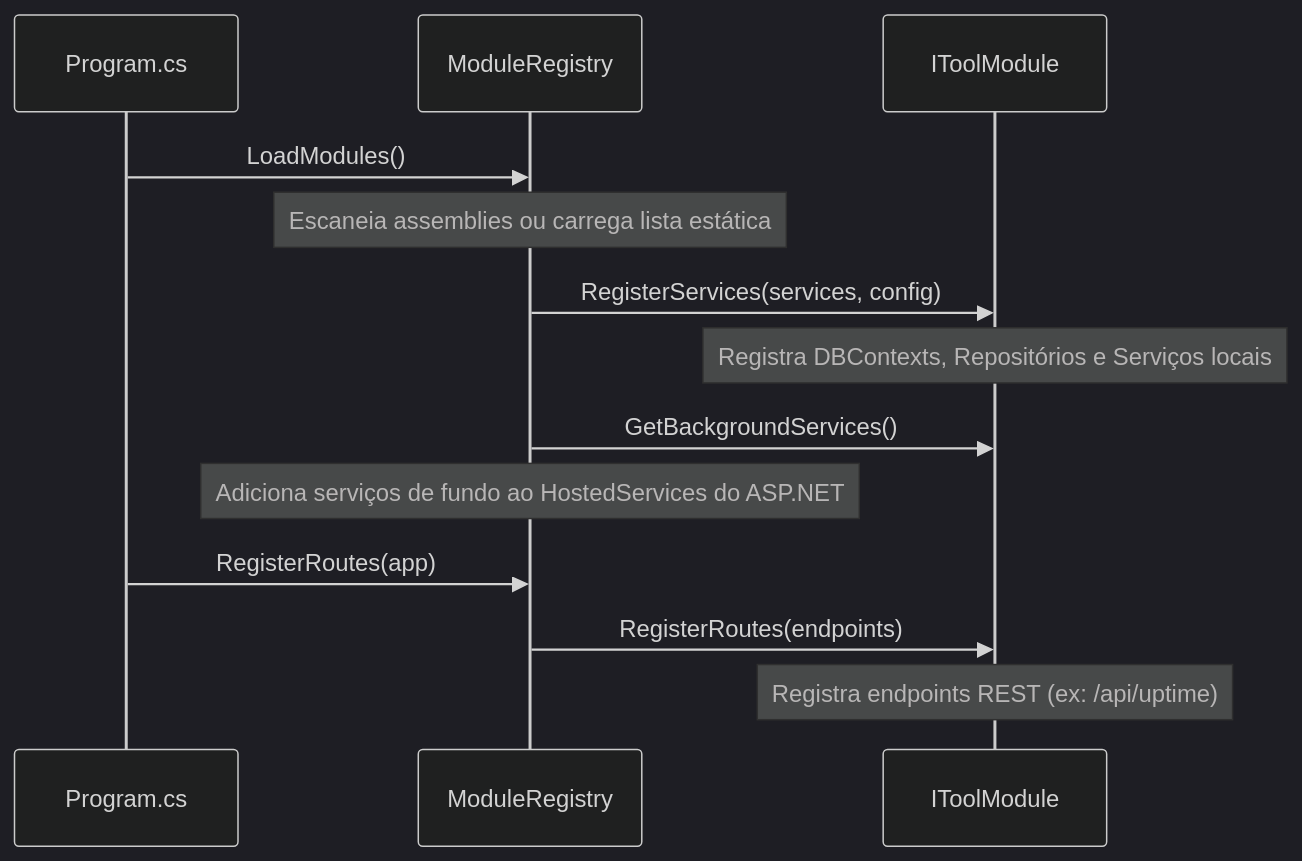
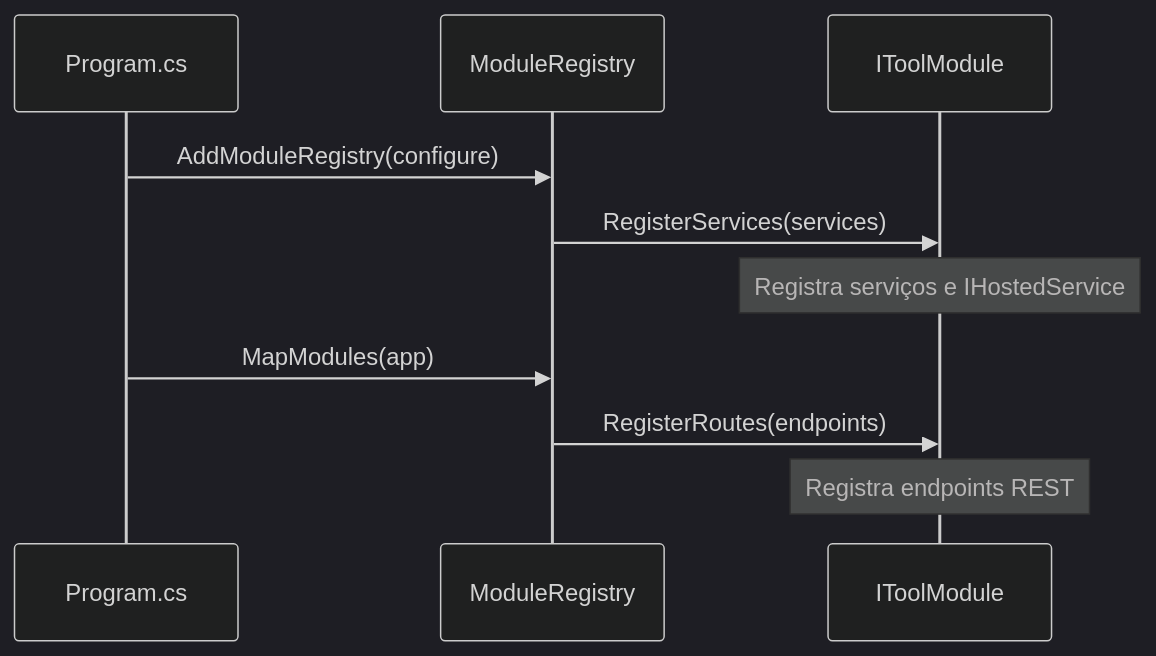
The diagram in Cérebro/01 - Arquitetura/Sistema de Módulos (IToolModule).md (djcristianosgp/area27_tools), drawn with Mermaid (dark theme) before and after one commit. The commit also changed other lines of this file and 9 other files, not shown here.

````diff
--- a/Cérebro/01 - Arquitetura/Sistema de Módulos (IToolModule).md
+++ b/Cérebro/01 - Arquitetura/Sistema de Módulos (IToolModule).md
@@ -39,16 +78,13 @@
 ```mermaid
 sequenceDiagram
     participant App as Program.cs
     participant Reg as ModuleRegistry
     participant Mod as IToolModule
 
-    App->>Reg: LoadModules()
-    Note over Reg: Escaneia assemblies ou carrega lista estática
-    Reg->>Mod: RegisterServices(services, config)
-    Note over Mod: Registra DBContexts, Repositórios e Serviços locais
-    Reg->>Mod: GetBackgroundServices()
-    Note over Reg: Adiciona serviços de fundo ao HostedServices do ASP.NET
-    App->>Reg: RegisterRoutes(app)
+    App->>Reg: AddModuleRegistry(configure)
+    Reg->>Mod: RegisterServices(services)
+    Note over Mod: Registra serviços e IHostedService
+    App->>Reg: MapModules(app)
     Reg->>Mod: RegisterRoutes(endpoints)
-    Note over Mod: Registra endpoints REST (ex: /api/uptime)
+    Note over Mod: Registra endpoints REST
 ```
````
